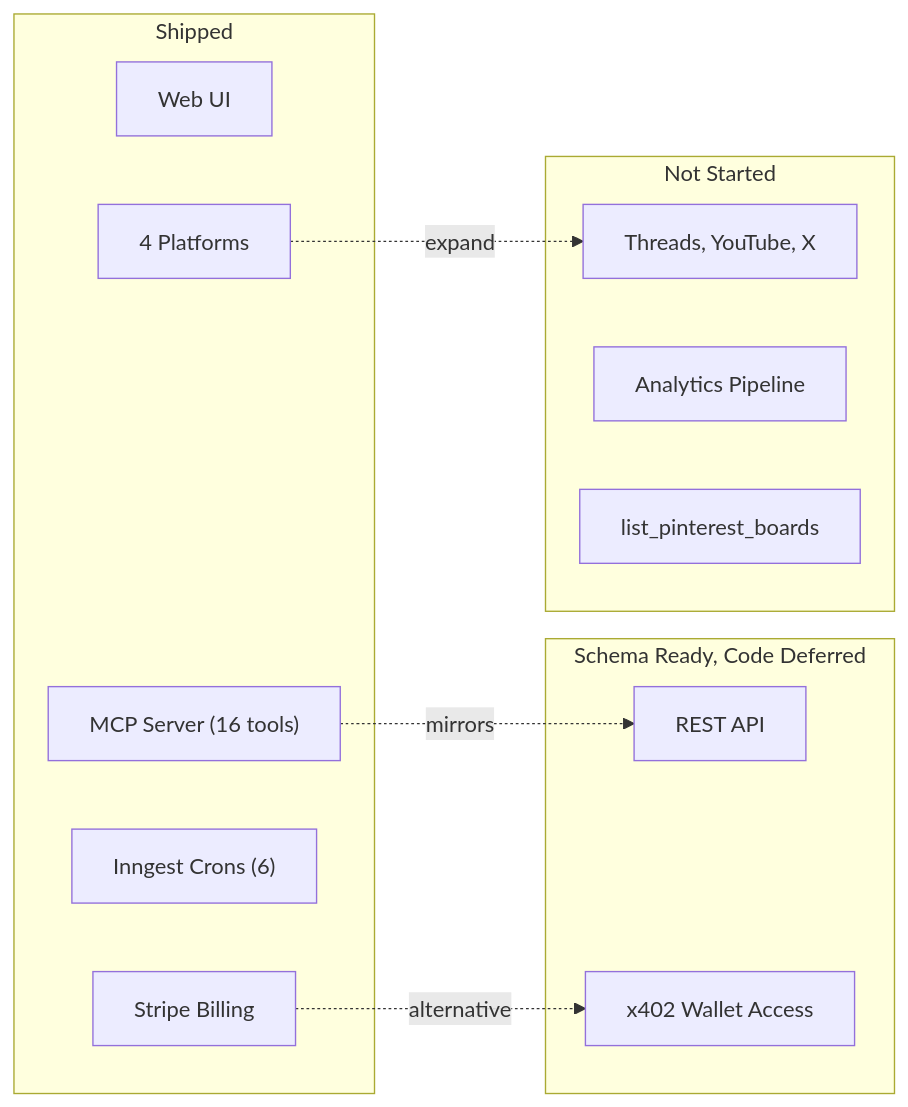
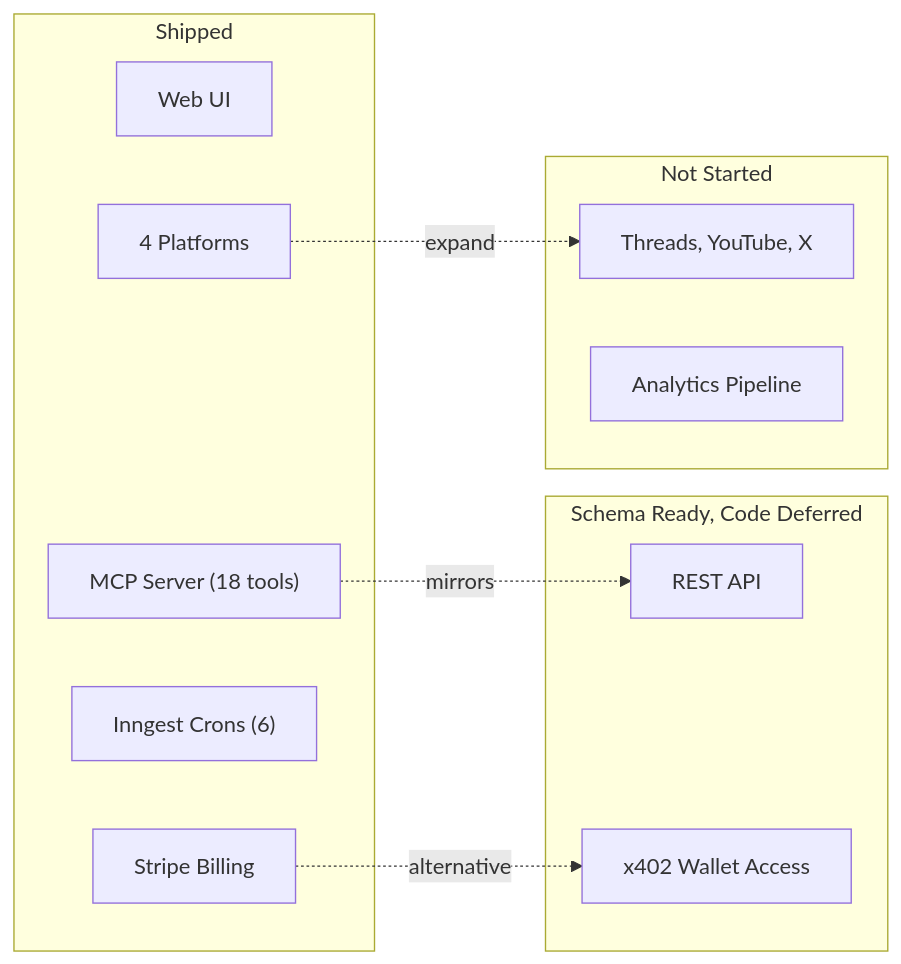
Before and after one commit to Andy00L/sharetopus: the diagram in docs/ROADMAP.md, drawn with Mermaid. The commit also changed other lines of this file and 13 other files, not shown here.

First line of the commit message:
docs: update all READMEs + add SECURITY.md with flow diagrams

````diff
--- a/docs/ROADMAP.md
+++ b/docs/ROADMAP.md
@@ -9,25 +9,24 @@
 ```mermaid
 graph LR
     subgraph Shipped["Shipped"]
         WebUI["Web UI"]
-        MCP["MCP Server (16 tools)"]
+        MCP["MCP Server (18 tools)"]
         Billing["Stripe Billing"]
         Inngest["Inngest Crons (6)"]
         Platforms["4 Platforms"]
     end
 
     subgraph Schema["Schema Ready, Code Deferred"]
         REST["REST API"]
         x402["x402 Wallet Access"]
     end
 
     subgraph NotStarted["Not Started"]
         NewPlatforms["Threads, YouTube, X"]
         Analytics["Analytics Pipeline"]
-        PinBoards["list_pinterest_boards"]
     end
 
     MCP -.->|"mirrors"| REST
     Billing -.->|"alternative"| x402
     Platforms -.->|"expand"| NewPlatforms
 ```
````
